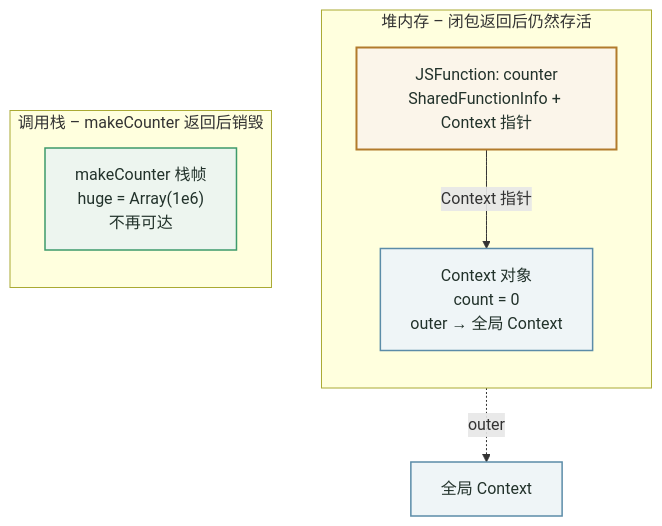
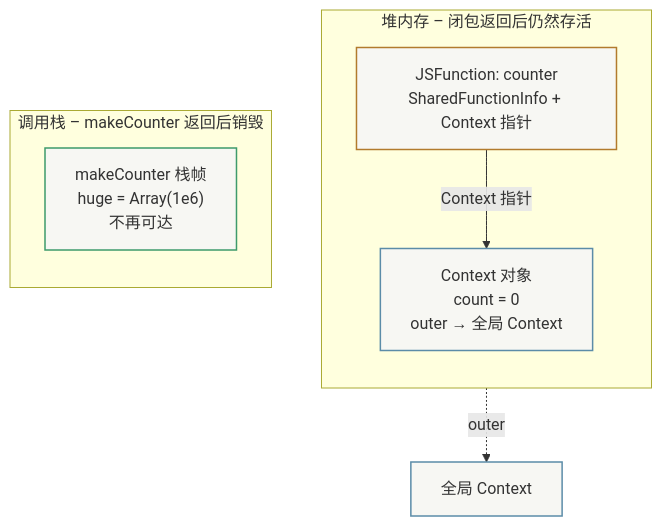
The third of 3 diagrams in docs/javascript/execution-context-closure.md (Fatejian/frontier-vault), drawn with Mermaid before and after one commit. The commit also changed other lines of this file and 65 other files, not shown here.

First line of the commit message:
fix(theme): unify mermaid chart palette and remove solid core fills

````diff
--- a/docs/javascript/execution-context-closure.md
+++ b/docs/javascript/execution-context-closure.md
@@ -284,23 +284,23 @@
 ```mermaid
 flowchart TB
     subgraph Heap["堆内存 – 闭包返回后仍然存活"]
         direction TB
         FN["JSFunction: counter<br/>SharedFunctionInfo + Context 指针"]
         CTX["Context 对象<br/>count = 0<br/>outer → 全局 Context"]
         FN -- "Context 指针" --> CTX
     end
 
     subgraph Stack["调用栈 – makeCounter 返回后销毁"]
         direction TB
         FR["makeCounter 栈帧<br/>huge = Array(1e6)<br/>不再可达"]
     end
 
     CTX -. "outer" .-> GCTX["全局 Context"]
 
-    classDef block fill:#FBF5EA,stroke:#B27B2C,color:#22322B,stroke-width:2px;
-    classDef wait fill:#EFF5F7,stroke:#5B8CA8,color:#22322B,stroke-width:1.5px;
-    classDef work fill:#EDF5EF,stroke:#3E9B6B,color:#22322B,stroke-width:1.5px;
+    classDef block fill:#F7F7F3,stroke:#B27B2C,stroke-width:1.5px;
+    classDef wait fill:#F7F7F3,stroke:#5B8CA8,stroke-width:1.5px;
+    classDef work fill:#F7F7F3,stroke:#3E9B6B,stroke-width:1.5px;
     class FN block;
     class CTX,GCTX wait;
     class FR work;
 ```
````
